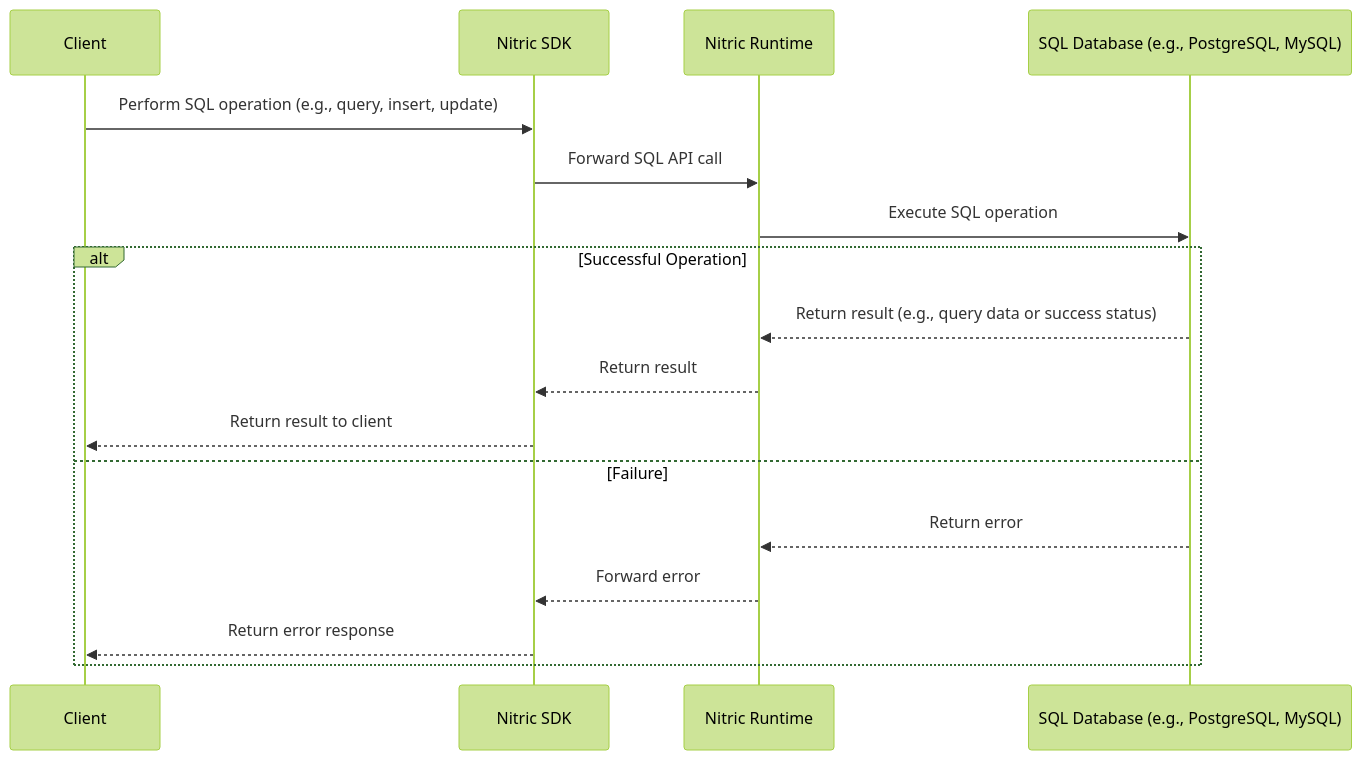
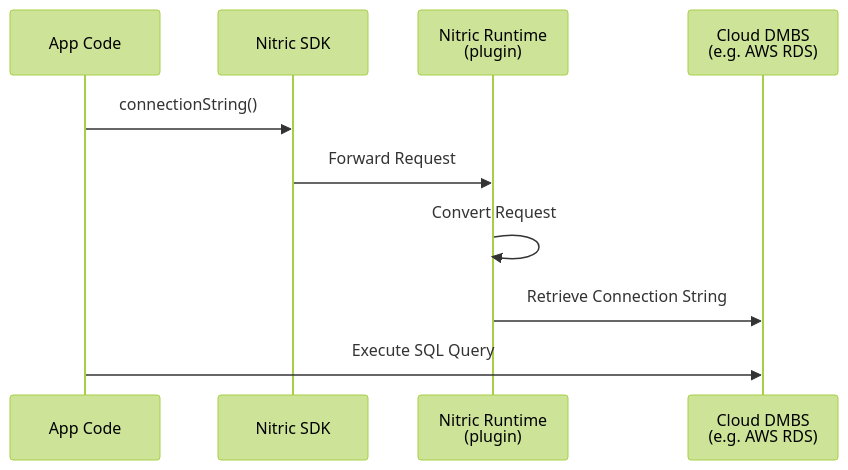
One commit to nitrictech/docs changed the third of 3 diagrams in docs/architecture/sql.mdx. Above: the diagram before and after it, drawn with Mermaid (forest theme). The commit also changed other lines of this file and 2 other files, not shown here.

Commit message:
update ws and sql sequences

````diff
--- a/docs/architecture/sql.mdx
+++ b/docs/architecture/sql.mdx
@@ -57,21 +82,14 @@
 ```mermaid
 sequenceDiagram
-    participant Client as Client
-    participant NitricSDK as Nitric SDK
-    participant NitricRuntime as Nitric Runtime
-    participant SQLDatabase as SQL Database (e.g., PostgreSQL, MySQL)
+    participant Client as App Code
+    participant SDK as Nitric SDK
+    participant Nitric as Nitric Runtime <br> (plugin)
+    participant CloudAPI as Cloud DMBS <br> (e.g. AWS RDS)
 
-    Client->>NitricSDK: Perform SQL operation (e.g., query, insert, update)
-    NitricSDK->>NitricRuntime: Forward SQL API call
-    NitricRuntime->>SQLDatabase: Execute SQL operation
+    Client->>SDK: connectionString()
+    SDK->>Nitric: Forward Request
+    Nitric->>Nitric: Convert Request
+    Nitric->>CloudAPI: Retrieve Connection String
 
-    alt Successful Operation
-        SQLDatabase-->>NitricRuntime: Return result (e.g., query data or success status)
-        NitricRuntime-->>NitricSDK: Return result
-        NitricSDK-->>Client: Return result to client
-    else Failure
-        SQLDatabase-->>NitricRuntime: Return error
-        NitricRuntime-->>NitricSDK: Forward error
-        NitricSDK-->>Client: Return error response
-    end
+    Client->>CloudAPI: Execute SQL Query
 ```
````
